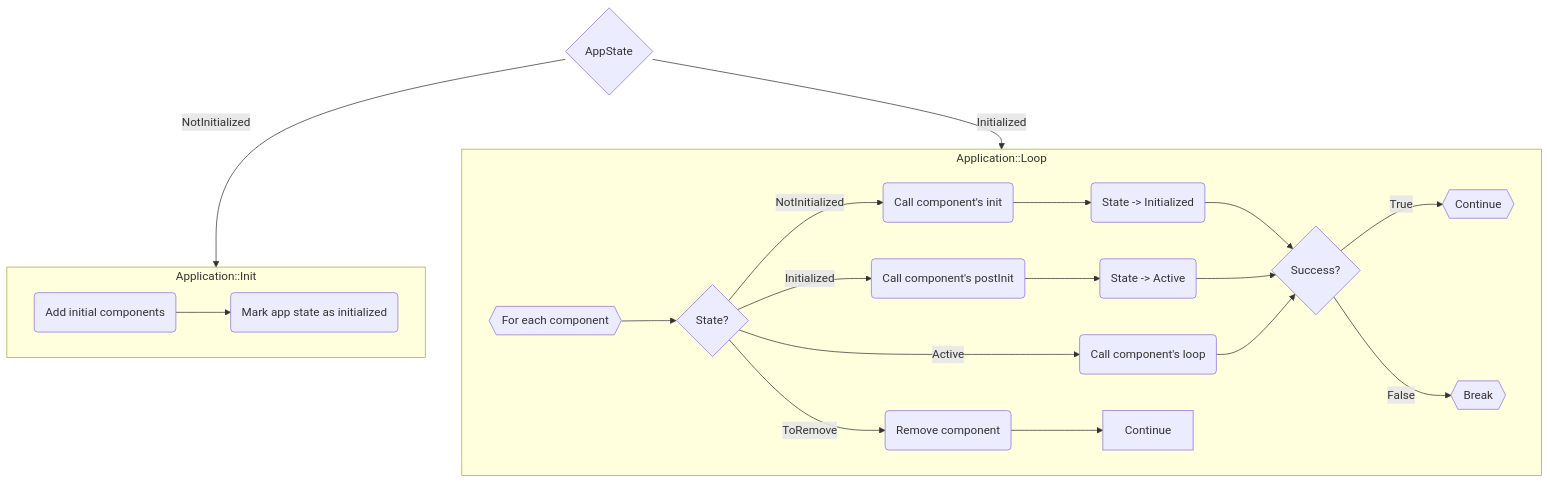
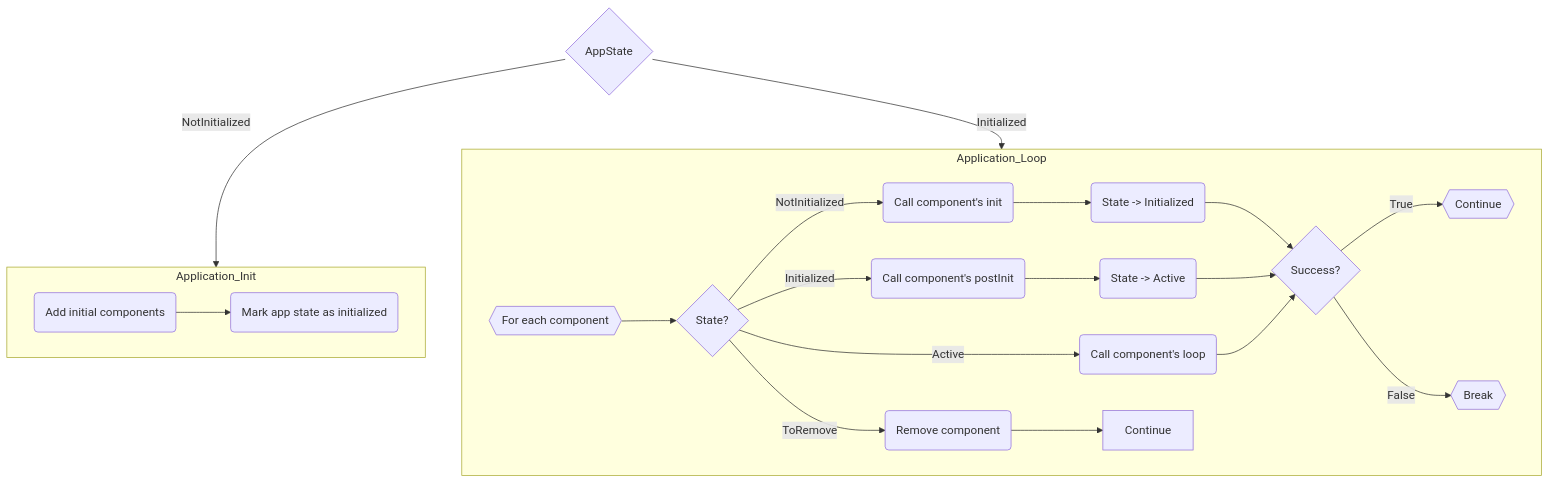
Before and after one commit to cziter15/ksIotFrameworkLib: the diagram in README.md, drawn with Mermaid. The commit also changed other lines of this file, not shown here.

````diff
--- a/README.md
+++ b/README.md
@@ -44,29 +45,41 @@
 ```mermaid
 flowchart TD
-    AppState{AppState}
-    AppState --> |NotInitialized| Application::Init
-    AppState --> |Initialized| Application::Loop
+ subgraph Application_Init["Application_Init"]
+        B("Mark app state as initialized")
+        A("Add initial components")
+  end
+ subgraph Application_Loop["Application_Loop"]
+        CCS{"State?"}
+        Loop{{"For each component"}}
+        LP1@{ label: "Call component's loop" }
+        LP2@{ label: "Call component's init" }
+        LP3@{ label: "Call component's postInit" }
+        LP4("Remove component")
+        DF{"Success?"}
+        SCS2("State -> Initialized")
+        SCS3("State -> Active")
+        X0{{"Continue"}}
+        X1{{"Break"}}
+        Continue["Continue"]
+  end
+    AppState{"AppState"} -- NotInitialized --> Application_Init
+    AppState -- Initialized --> Application_Loop
+    A --> B
+    Loop --> CCS
+    CCS -- Active --> LP1
+    CCS -- NotInitialized --> LP2
+    CCS -- Initialized --> LP3
+    CCS -- ToRemove --> LP4
+    LP2 --> SCS2
+    SCS2 --> DF
+    LP3 --> SCS3
+    SCS3 --> DF
+    LP1 --> DF
+    DF -- True --> X0
+    DF -- False --> X1
+    LP4 --> Continue
+    LP1@{ shape: rounded}
+    LP2@{ shape: rounded}
+    LP3@{ shape: rounded}
 
-    subgraph Application::Init
-        A(Add initial components) --> B(Mark app state as initialized)
-    end
-   
-    subgraph Application::Loop
-        Loop{{For each component}} --> CCS{State?}
-
-        CCS --> |Active|LP1(Call component's loop)
-        CCS --> |NotInitialized|LP2(Call component's init)
-        CCS --> |Initialized|LP3(Call component's postInit)
-        CCS --> |ToRemove|LP4(Remove component)
-
-        LP2 --> SCS2(State -> Initialized) --> DF
-        LP3 --> SCS3(State -> Active) --> DF
-        LP1 --> DF
-
-        DF{Success?}
-        DF --> |True|X0{{Continue}}
-        DF --> |False|X1{{Break}}
-
-        LP4 --> Continue
-    end
 ```
````
